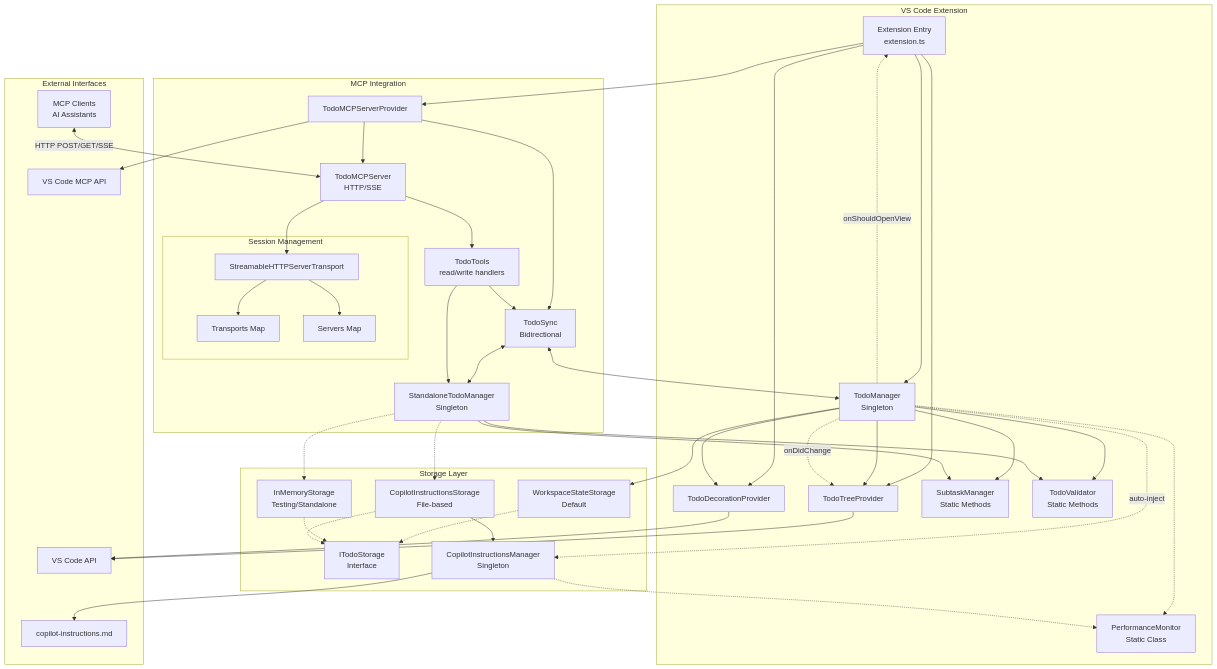
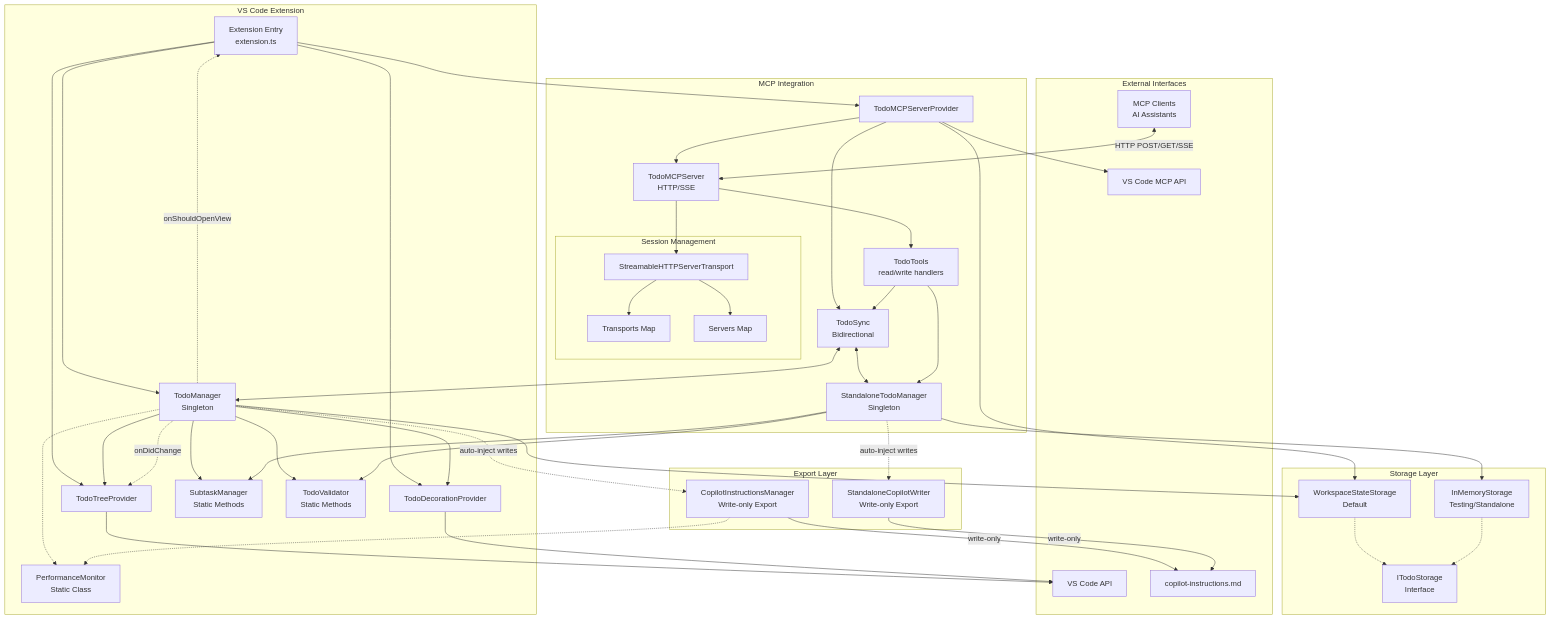
The diagram in .github/copilot-instructions.md (digitarald/vscode-agent-todos), drawn with Mermaid before and after one commit. The commit also changed other lines of this file and 9 other files, not shown here.

Commit message:
Refactor todo management and remove CopilotInstructionsStorage

```diff
--- a/.github/copilot-instructions.md
+++ b/.github/copilot-instructions.md
@@ -36,8 +37,11 @@
         ITS[ITodoStorage<br/>Interface]
         WSS[WorkspaceStateStorage<br/>Default]
         IMS[InMemoryStorage<br/>Testing/Standalone]
-        CIS[CopilotInstructionsStorage<br/>File-based]
-        CIM[CopilotInstructionsManager<br/>Singleton]
+    end
+
+    subgraph ExportLayer[Export Layer]
+        CIM[CopilotInstructionsManager<br/>Write-only Export]
+        SCW[StandaloneCopilotWriter<br/>Write-only Export]
     end
 
     subgraph MCPIntegration[MCP Integration]
@@ -69,11 +73,10 @@
 
     %% Storage configuration
     TM --> WSS
-    STM -.-> IMS
-    STM -.-> CIS
+    STM --> IMS
     WSS -.-> ITS
     IMS -.-> ITS
-    CIS -.-> ITS
+    MCP --> WSS
 
     %% UI and decorations
     TTP --> VSC
@@ -85,10 +88,11 @@
     TM -.->|onShouldOpenView| EXT
     TM -.->|onDidChange| TTP
 
-    %% Copilot sync
-    CIS --> CIM
-    CIM --> CI
-    TM -.->|auto-inject| CIM
+    %% Export to markdown (write-only)
+    TM -.->|auto-inject writes| CIM
+    CIM -->|write-only| CI
+    STM -.->|auto-inject writes| SCW
+    SCW -->|write-only| CI
 
     %% MCP server setup
     MCP --> MCPS
```
